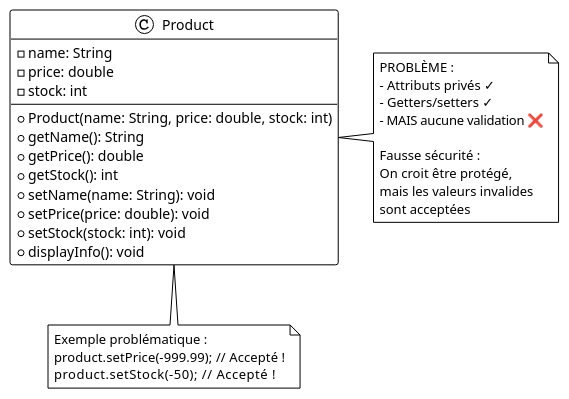
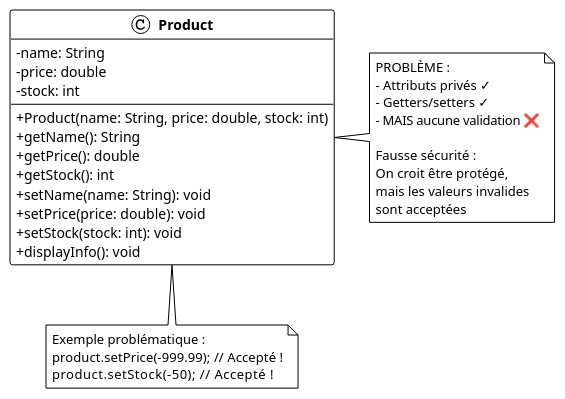
The diagram in 01-contenus-du-cours/05-programmation-orientee-objet-encapsulation-et-heritage/images/exemple-12-a-eviter-validation-manquante.puml (heig-vd-progim-course/heig-vd-progim2-course), drawn with PlantUML before and after one commit. The commit also changed 89 other files, not shown here.

Commit message:
Enhance UML diagrams for vehicles without inheritance

```diff
--- a/01-contenus-du-cours/05-programmation-orientee-objet-encapsulation-et-heritage/images/exemple-12-a-eviter-validation-manquante.puml
+++ b/01-contenus-du-cours/05-programmation-orientee-objet-encapsulation-et-heritage/images/exemple-12-a-eviter-validation-manquante.puml
@@ -1,37 +1,42 @@
-@startuml
+@startuml exemple-12-a-eviter-validation-manquante
 !theme plain
+
+skinparam classAttributeIconSize 0
+skinparam classFontStyle bold
 
 class Product {
   - name: String
   - price: double
   - stock: int
   --
   + Product(name: String, price: double, stock: int)
   + getName(): String
   + getPrice(): double
   + getStock(): int
   + setName(name: String): void
   + setPrice(price: double): void
   + setStock(stock: int): void
   + displayInfo(): void
 }
 
 note right of Product
   PROBLÈME :
   - Attributs privés ✓
   - Getters/setters ✓
   - MAIS aucune validation ❌
   
   Fausse sécurité :
   On croit être protégé,
   mais les valeurs invalides
   sont acceptées
 end note
 
 note bottom of Product
   Exemple problématique :
   product.setPrice(-999.99);  // Accepté !
   product.setStock(-50);      // Accepté !
 end note
 
+
+
 @enduml
```
